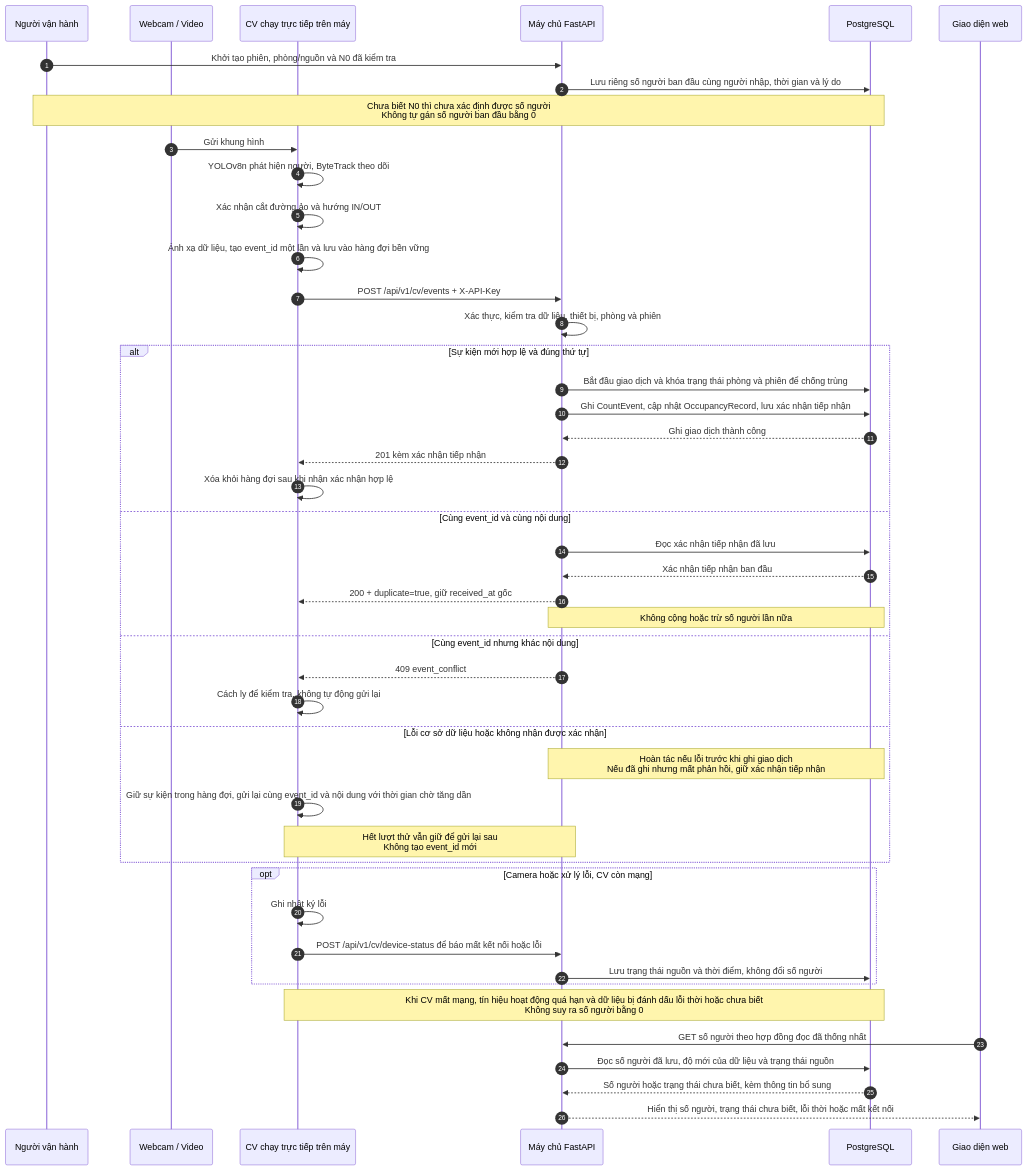
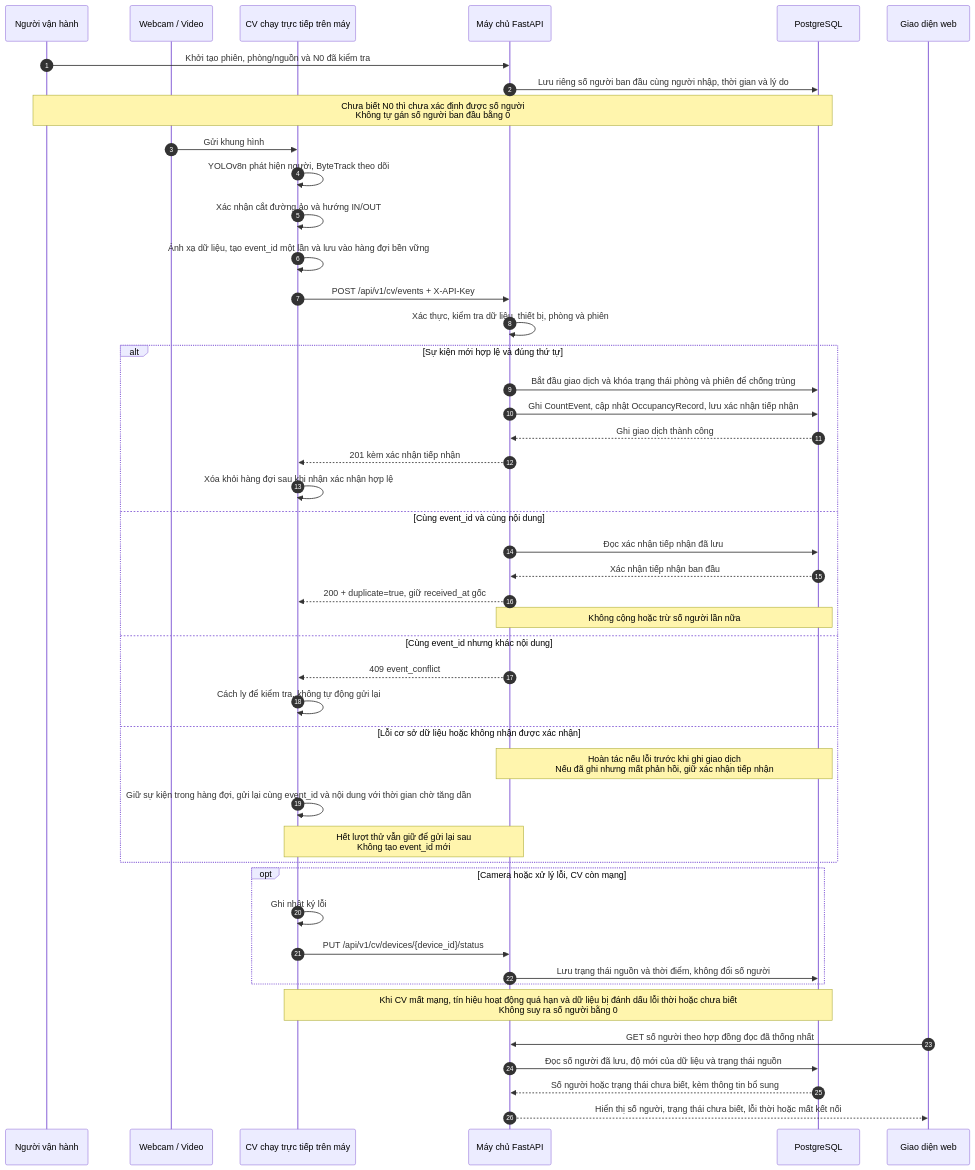
One commit to uth-seatsense/UTH-SeatSense changed the fifth of 5 diagrams in docs/architecture/system-architecture.md. Above: the diagram before and after it, drawn with Mermaid. The commit also changed other lines of this file and 106 other files, not shown here.

````diff
--- a/docs/architecture/system-architecture.md
+++ b/docs/architecture/system-architecture.md
@@ -735,48 +766,48 @@
 ```mermaid
 sequenceDiagram
     autonumber
     participant OP as Người vận hành
     participant CAM as Webcam / Video
     participant CV as CV chạy trực tiếp trên máy
     participant BE as Máy chủ FastAPI
     participant DB as PostgreSQL
     participant FE as Giao diện web
     OP->>BE: Khởi tạo phiên, phòng/nguồn và N0 đã kiểm tra
     BE->>DB: Lưu riêng số người ban đầu cùng người nhập, thời gian và lý do
     Note over OP,DB: Chưa biết N0 thì chưa xác định được số người<br/>Không tự gán số người ban đầu bằng 0
     CAM->>CV: Gửi khung hình
     CV->>CV: YOLOv8n phát hiện người, ByteTrack theo dõi
     CV->>CV: Xác nhận cắt đường ảo và hướng IN/OUT
     CV->>CV: Ánh xạ dữ liệu, tạo event_id một lần và lưu vào hàng đợi bền vững
     CV->>BE: POST /api/v1/cv/events + X-API-Key
     BE->>BE: Xác thực, kiểm tra dữ liệu, thiết bị, phòng và phiên
     alt Sự kiện mới hợp lệ và đúng thứ tự
         BE->>DB: Bắt đầu giao dịch và khóa trạng thái phòng và phiên để chống trùng
         BE->>DB: Ghi CountEvent, cập nhật OccupancyRecord, lưu xác nhận tiếp nhận
         DB-->>BE: Ghi giao dịch thành công
         BE-->>CV: 201 kèm xác nhận tiếp nhận
         CV->>CV: Xóa khỏi hàng đợi sau khi nhận xác nhận hợp lệ
     else Cùng event_id và cùng nội dung
         BE->>DB: Đọc xác nhận tiếp nhận đã lưu
         DB-->>BE: Xác nhận tiếp nhận ban đầu
         BE-->>CV: 200 + duplicate=true, giữ received_at gốc
         Note over BE,DB: Không cộng hoặc trừ số người lần nữa
     else Cùng event_id nhưng khác nội dung
         BE-->>CV: 409 event_conflict
         CV->>CV: Cách ly để kiểm tra, không tự động gửi lại
     else Lỗi cơ sở dữ liệu hoặc không nhận được xác nhận
         Note over BE,DB: Hoàn tác nếu lỗi trước khi ghi giao dịch<br/>Nếu đã ghi nhưng mất phản hồi, giữ xác nhận tiếp nhận
         CV->>CV: Giữ sự kiện trong hàng đợi, gửi lại cùng event_id và nội dung với thời gian chờ tăng dần
         Note over CV,BE: Hết lượt thử vẫn giữ để gửi lại sau<br/>Không tạo event_id mới
     end
     opt Camera hoặc xử lý lỗi, CV còn mạng
         CV->>CV: Ghi nhật ký lỗi
-        CV->>BE: POST /api/v1/cv/device-status để báo mất kết nối hoặc lỗi
+        CV->>BE: PUT /api/v1/cv/devices/{device_id}/status
         BE->>DB: Lưu trạng thái nguồn và thời điểm, không đổi số người
     end
     Note over CV,DB: Khi CV mất mạng, tín hiệu hoạt động quá hạn và dữ liệu bị đánh dấu lỗi thời hoặc chưa biết<br/>Không suy ra số người bằng 0
     FE->>BE: GET số người theo hợp đồng đọc đã thống nhất
     BE->>DB: Đọc số người đã lưu, độ mới của dữ liệu và trạng thái nguồn
     DB-->>BE: Số người hoặc trạng thái chưa biết, kèm thông tin bổ sung
     BE-->>FE: Hiển thị số người, trạng thái chưa biết, lỗi thời hoặc mất kết nối
 ```
````
